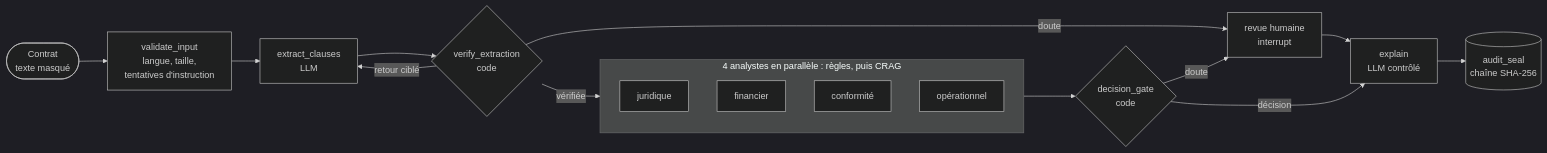
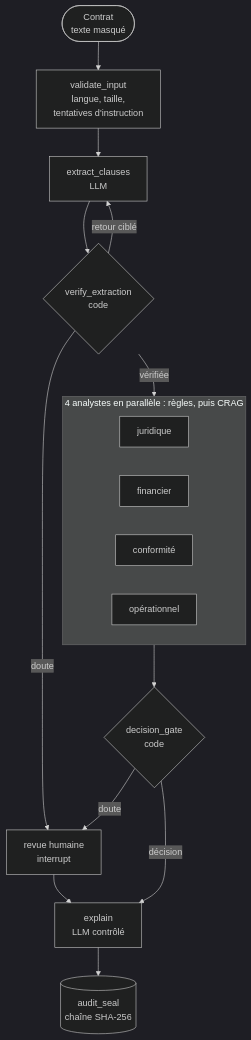
One commit to sifir-gun/contract-decision-graph changed the diagram in README.md. Above: the diagram before and after it, drawn with Mermaid (dark theme). The commit also changed 1 other file, not shown here.

Commit message:
J5 tâche 7 : schéma du README de haut en bas, rendu vérifié

````diff
--- a/README.md
+++ b/README.md
@@ -41,20 +41,20 @@
 ```mermaid
-flowchart LR
+flowchart TD
     C([Contrat<br/>texte masqué]) --> V[validate_input<br/>langue, taille,<br/>tentatives d'instruction]
     V --> X[extract_clauses<br/>LLM]
     X --> VX{verify_extraction<br/>code}
     VX -- retour ciblé --> X
     VX -- vérifiée --> A
     subgraph A [4 analystes en parallèle : règles, puis CRAG]
         J[juridique]
         F[financier]
         K[conformité]
         O[opérationnel]
     end
     A --> G{decision_gate<br/>code}
     VX -- doute --> H[revue humaine<br/>interrupt]
     G -- doute --> H
     G -- décision --> E[explain<br/>LLM contrôlé]
     H --> E
     E --> S[(audit_seal<br/>chaîne SHA-256)]
 ```
````
